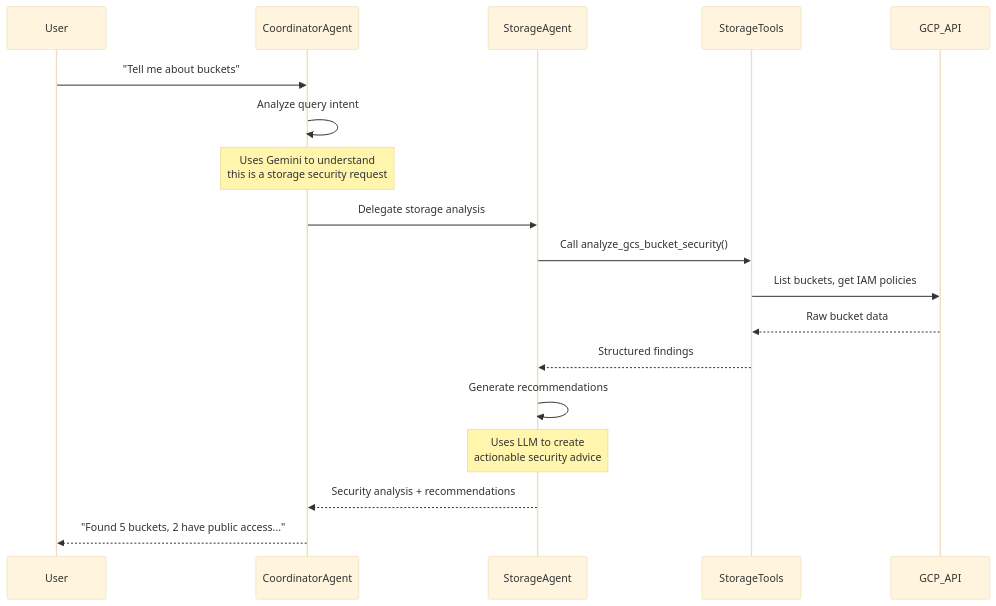
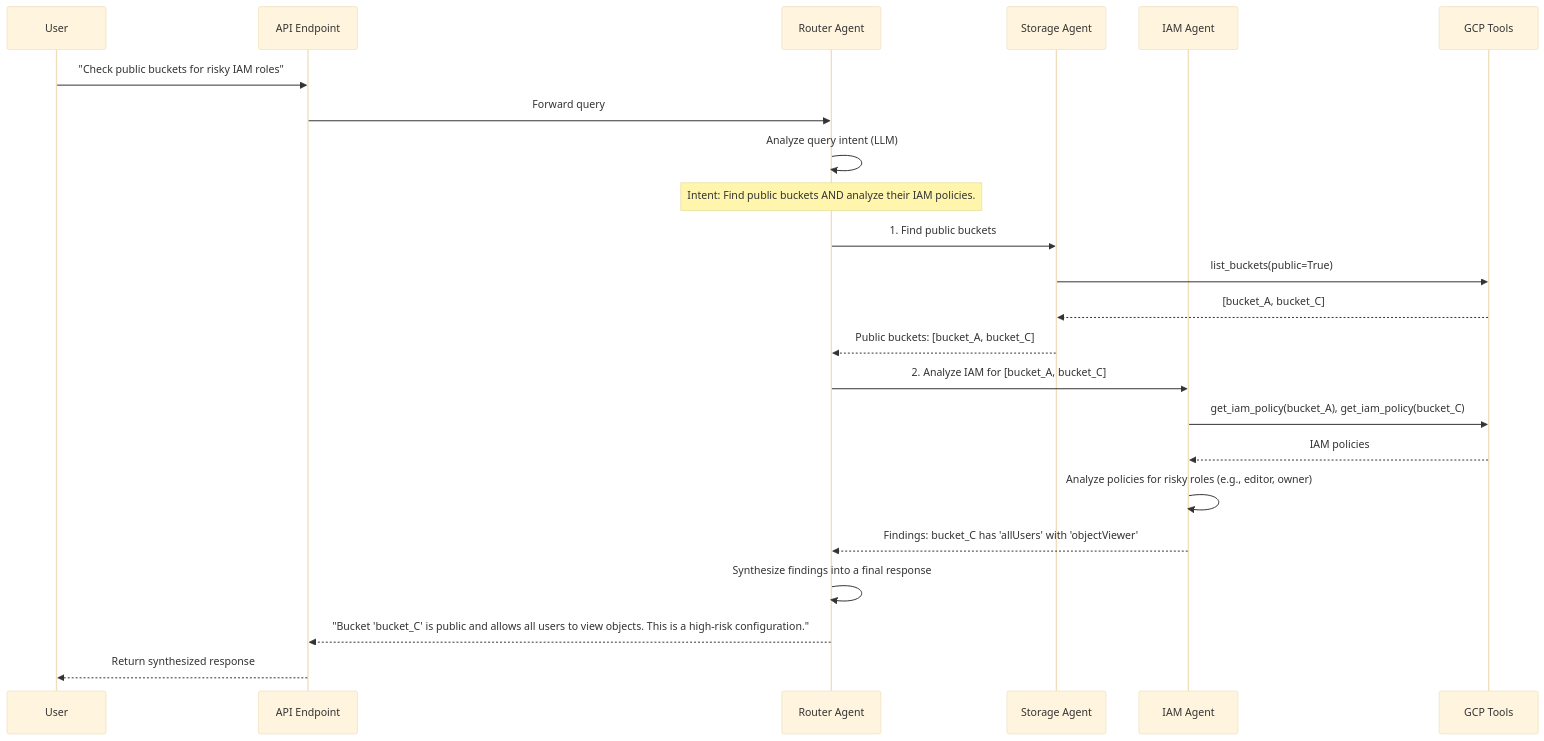
Before and after one commit to google/adk-python: the second of 2 diagrams in contributing/samples/security_agent/docs/architecture/Overall.md, drawn with Mermaid (base theme). The commit also changed other lines of this file and 287 other files, not shown here.

````diff
--- a/contributing/samples/security_agent/docs/architecture/Overall.md
+++ b/contributing/samples/security_agent/docs/architecture/Overall.md
@@ -157,26 +109,34 @@
 ```mermaid
 sequenceDiagram
     participant User
-    participant CoordinatorAgent
-    participant StorageAgent
-    participant StorageTools
-    participant GCP_API
+    participant API_Endpoint as API Endpoint
+    participant RouterAgent as Router Agent
+    participant StorageAgent as Storage Agent
+    participant IAMAgent as IAM Agent
+    participant GCP_Tools as GCP Tools
 
-    User->>CoordinatorAgent: "Tell me about buckets"
-    
-    CoordinatorAgent->>CoordinatorAgent: Analyze query intent
-    Note over CoordinatorAgent: Uses Gemini to understand<br/>this is a storage security request
-    
-    CoordinatorAgent->>StorageAgent: Delegate storage analysis
-    
-    StorageAgent->>StorageTools: Call analyze_gcs_bucket_security()
-    StorageTools->>GCP_API: List buckets, get IAM policies
-    GCP_API-->>StorageTools: Raw bucket data
-    StorageTools-->>StorageAgent: Structured findings
-    
-    StorageAgent->>StorageAgent: Generate recommendations
-    Note over StorageAgent: Uses LLM to create<br/>actionable security advice
-    
-    StorageAgent-->>CoordinatorAgent: Security analysis + recommendations
-    CoordinatorAgent-->>User: "Found 5 buckets, 2 have public access..."
+    User->>API_Endpoint: "Check public buckets for risky IAM roles"
+
+    API_Endpoint->>RouterAgent: Forward query
+
+    RouterAgent->>RouterAgent: Analyze query intent (LLM)
+    Note over RouterAgent: Intent: Find public buckets AND analyze their IAM policies.
+
+    RouterAgent->>StorageAgent: 1. Find public buckets
+    StorageAgent->>GCP_Tools: list_buckets(public=True)
+    GCP_Tools-->>StorageAgent: [bucket_A, bucket_C]
+
+    StorageAgent-->>RouterAgent: Public buckets: [bucket_A, bucket_C]
+
+    RouterAgent->>IAMAgent: 2. Analyze IAM for [bucket_A, bucket_C]
+    IAMAgent->>GCP_Tools: get_iam_policy(bucket_A), get_iam_policy(bucket_C)
+    GCP_Tools-->>IAMAgent: IAM policies
+
+    IAMAgent->>IAMAgent: Analyze policies for risky roles (e.g., editor, owner)
+    IAMAgent-->>RouterAgent: Findings: bucket_C has 'allUsers' with 'objectViewer'
+
+    RouterAgent->>RouterAgent: Synthesize findings into a final response
+    RouterAgent-->>API_Endpoint: "Bucket 'bucket_C' is public and allows all users to view objects. This is a high-risk configuration."
+
+    API_Endpoint-->>User: Return synthesized response
 ```
````
